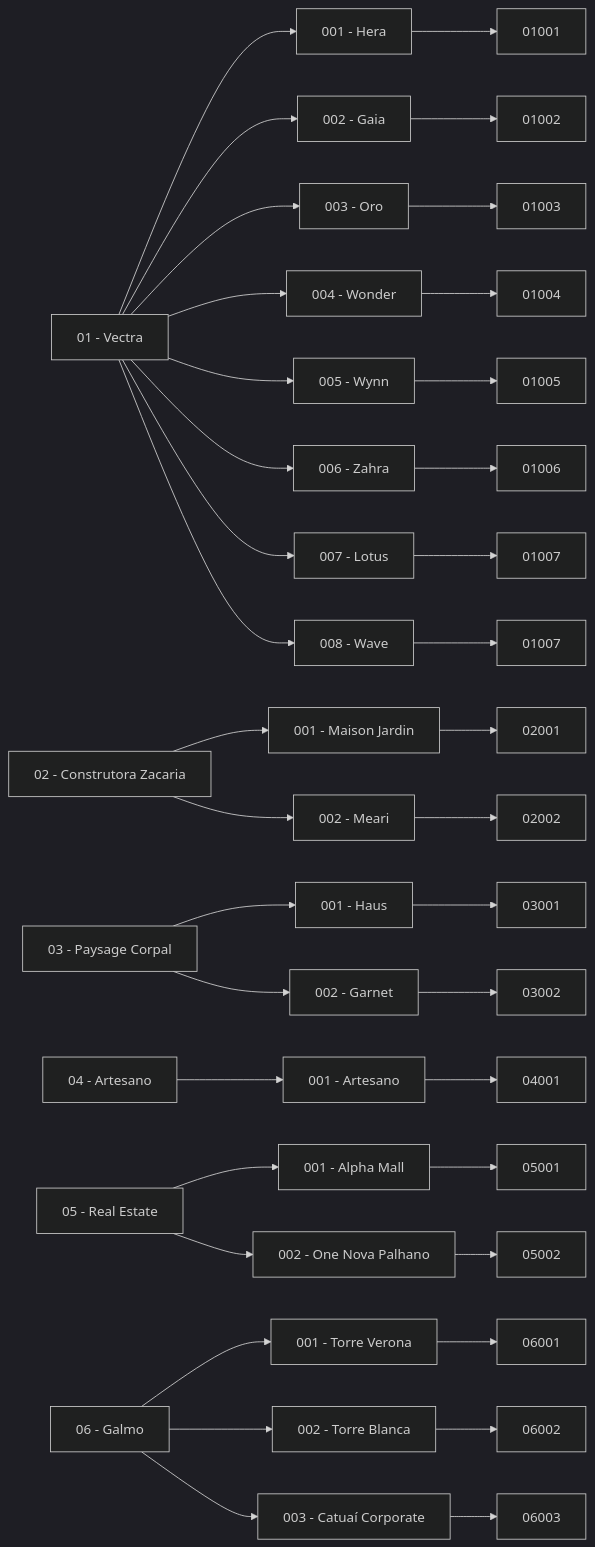
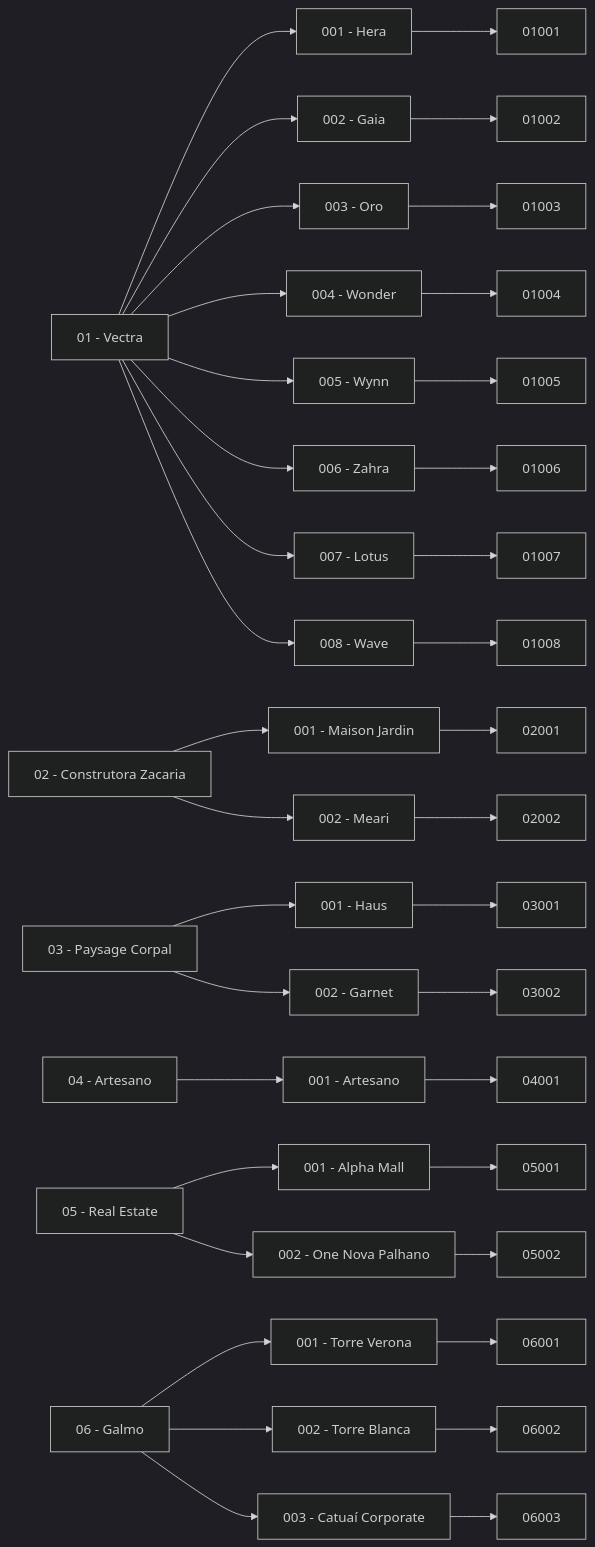
One commit to leadzsoftware/cmsouza changed the third of 3 diagrams in readme.md. Above: the diagram before and after it, drawn with Mermaid (dark theme).

````diff
--- a/readme.md
+++ b/readme.md
@@ -286,27 +286,27 @@
 ```mermaid
 flowchart LR
     A["01 - Vectra"] --> A1["001 - Hera"] & A2["002 - Gaia"] & A3["003 - Oro"] & A4["004 - Wonder"] & A5["005 - Wynn"] & A6["006 - Zahra"] & A7["007 - Lotus"] & A8["008 - Wave"]
     B["02 - Construtora Zacaria"] --> B1["001 - Maison Jardin"] & B2["002 - Meari"]
     C["03 - Paysage Corpal"] --> C1["001 - Haus"] & C2["002 - Garnet"]
     D["04 - Artesano"] --> D1["001 - Artesano"]
     E["05 - Real Estate"] --> E1["001 - Alpha Mall"] & E2["002 - One Nova Palhano"]
     F["06 - Galmo"] --> F1["001 - Torre Verona"] & F2["002 - Torre Blanca"] & F3["003 - Catuaí Corporate"]
     A1 --> nv["01001"]
     A2 --> n0["01002"]
     A3 --> nt["01003"]
     A4 --> nf["01004"]
     A5 --> nh["01005"]
     A6 --> ni["01006"]
     A7 --> nj["01007"]
-    A8 --> nm["01007"]
+    A8 --> nm["01008"]
     B1 --> nn["02001"]
     B2 --> nl["02002"]
     C1 --> nk["03001"]
     C2 --> n9["03002"]
     D1 --> nq["04001"]
     E1 --> nr["05001"]
     E2 --> ns["05002"]
     F1 --> nx["06001"]
     F2 --> nu["06002"]
     F3 --> nw["06003"]
 ```
````
